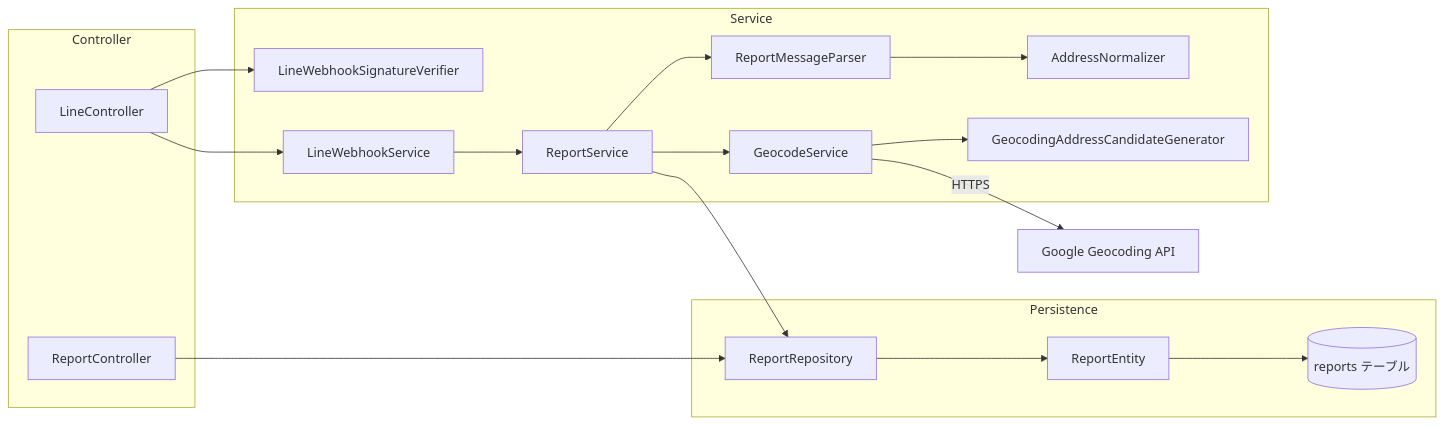
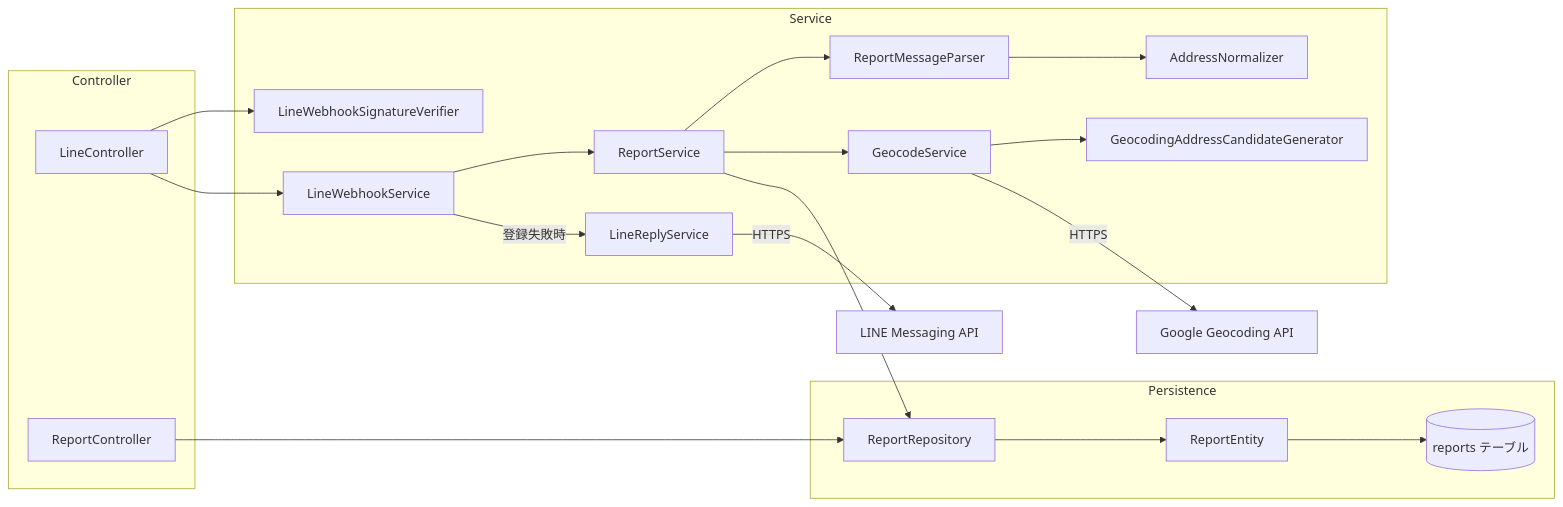
Before and after one commit to TBan34/Suspicious-Person-Map: the second of 5 diagrams in docs/architecture/system-overview.md, drawn with Mermaid. The commit also changed other lines of this file and 16 other files, not shown here.

````diff
--- a/docs/architecture/system-overview.md
+++ b/docs/architecture/system-overview.md
@@ -56,36 +57,39 @@
 ```mermaid
 flowchart LR
     subgraph controller[Controller]
         lineController[LineController]
         reportController[ReportController]
     end
 
     subgraph service[Service]
         signature[LineWebhookSignatureVerifier]
         webhookService[LineWebhookService]
+        replyService[LineReplyService]
         reportService[ReportService]
         parser[ReportMessageParser]
         normalizer[AddressNormalizer]
         candidates[GeocodingAddressCandidateGenerator]
         geocode[GeocodeService]
     end
 
     subgraph persistence[Persistence]
         repository[ReportRepository]
         entity[ReportEntity]
         db[(reports テーブル)]
     end
 
     lineController --> signature
     lineController --> webhookService
     webhookService --> reportService
+    webhookService -->|登録失敗時| replyService
+    replyService -->|HTTPS| line[LINE Messaging API]
     reportService --> parser
     parser --> normalizer
     reportService --> geocode
     geocode --> candidates
     geocode -->|HTTPS| google[Google Geocoding API]
     reportService --> repository
     reportController --> repository
     repository --> entity
     entity --> db
 ```
````
